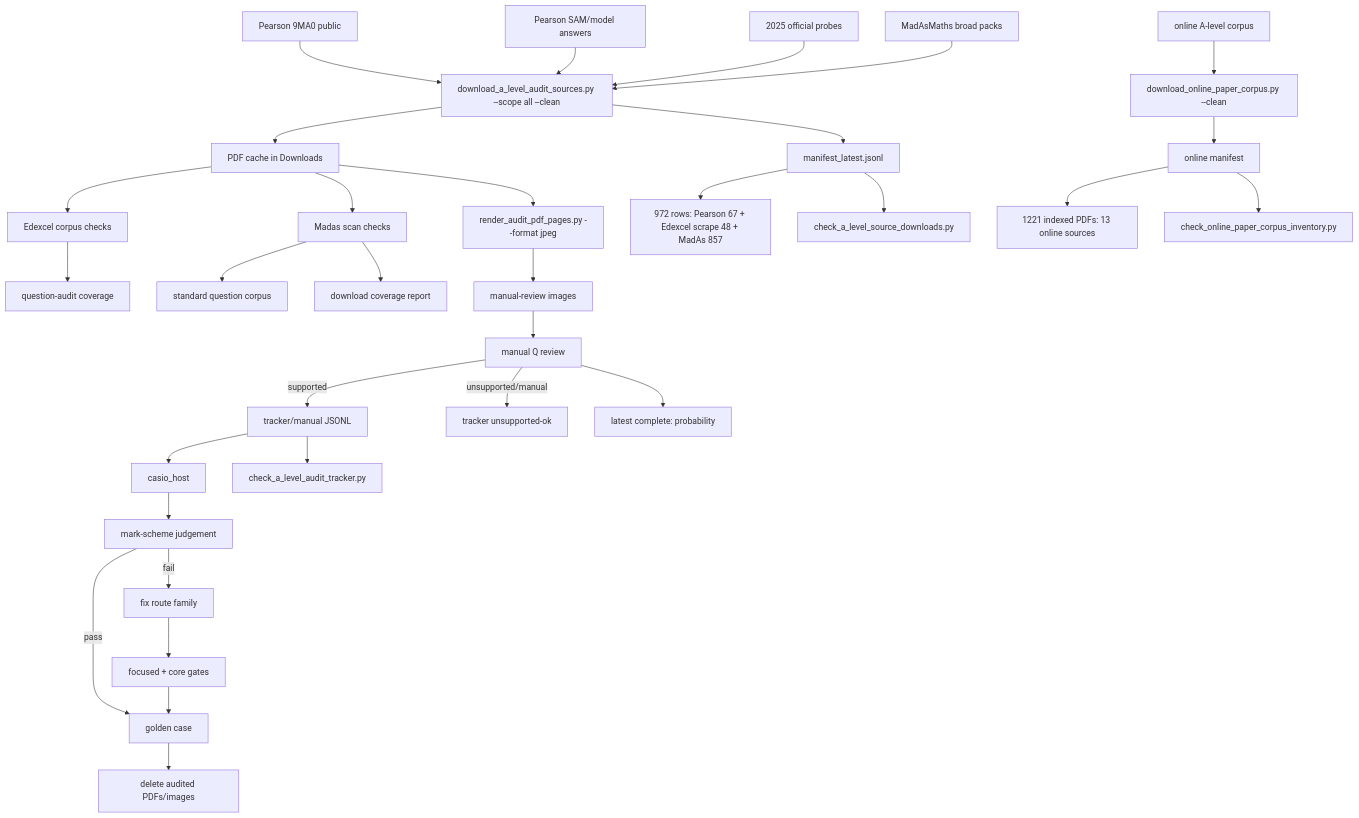
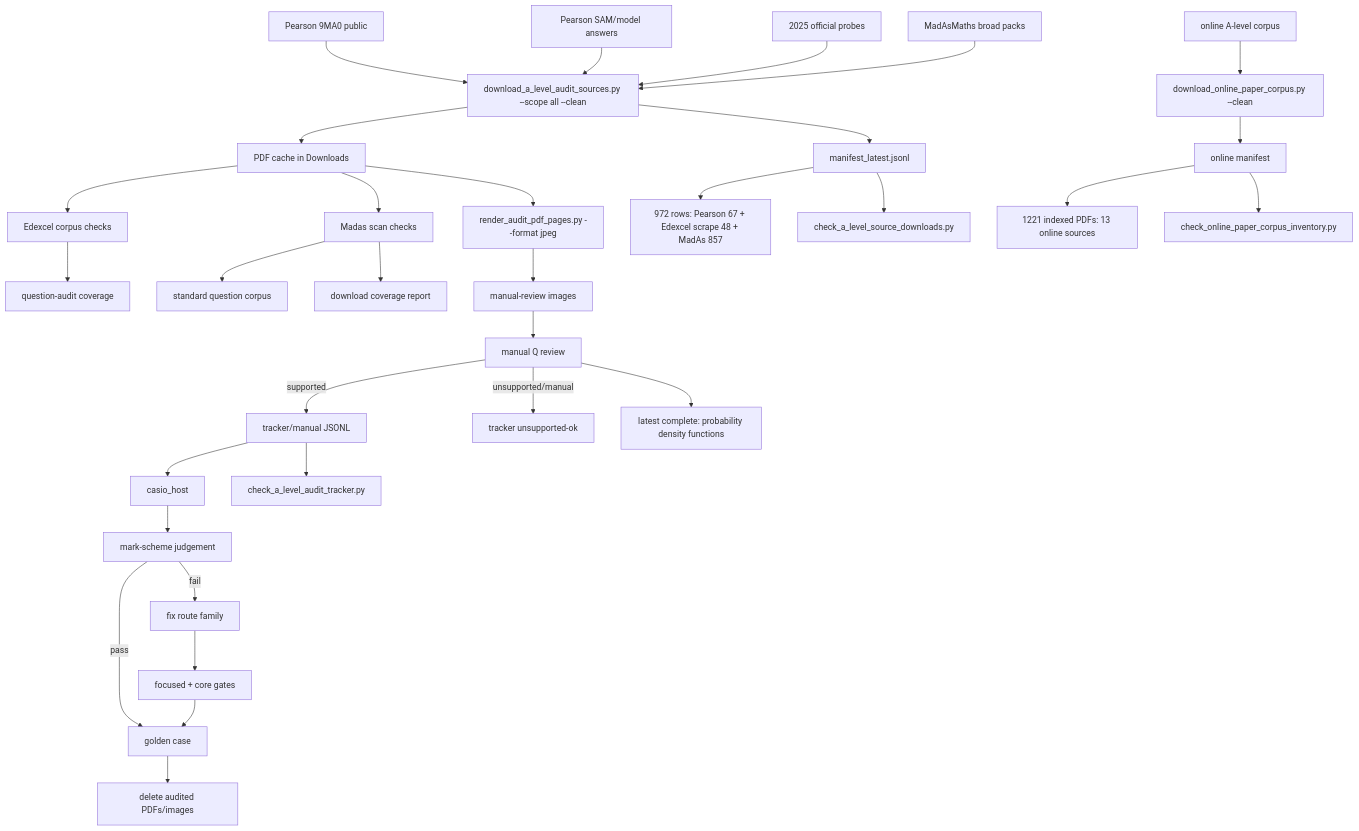
Before and after one commit to james8464/notes-addin-casio-fx-cg50: the diagram in c++/tools/golden/a_level_audit_graph.md, drawn with Mermaid. The commit also changed other lines of this file and 2 other files, not shown here.

Commit message:
Audit probability density functions booklet

````diff
--- a/c++/tools/golden/a_level_audit_graph.md
+++ b/c++/tools/golden/a_level_audit_graph.md
@@ -3,34 +3,34 @@
 ```mermaid
 graph TD
   E1["Pearson 9MA0 public"] --> D["download_a_level_audit_sources.py --scope all --clean"]
   E2["Pearson SAM/model answers"] --> D
   E3["2025 official probes"] --> D
   M1["MadAsMaths broad packs"] --> D
   O1["online A-level corpus"] --> OD["download_online_paper_corpus.py --clean"]
   D --> P["PDF cache in Downloads"]
   D --> X["manifest_latest.jsonl"]
   OD --> OX["online manifest"]
   X --> XC["972 rows: Pearson 67 + Edexcel scrape 48 + MadAs 857"]
   OX --> OC["1221 indexed PDFs: 13 online sources"]
   X --> V["check_a_level_source_downloads.py"]
   OX --> OV["check_online_paper_corpus_inventory.py"]
   P --> E["Edexcel corpus checks"]
   E --> EQ["question-audit coverage"]
   P --> S["Madas scan checks"]
   S --> M["standard question corpus"]
   S --> MC["download coverage report"]
   P --> R["render_audit_pdf_pages.py --format jpeg"]
   R --> I["manual-review images"]
   I --> Q["manual Q review"]
   Q -->|supported| J["tracker/manual JSONL"]
   Q -->|unsupported/manual| U["tracker unsupported-ok"]
   J --> H["casio_host"]
   J --> K["check_a_level_audit_tracker.py"]
   H --> C["mark-scheme judgement"]
   C -->|pass| G["golden case"]
   C -->|fail| F["fix route family"]
   F --> T["focused + core gates"]
   T --> G
   G --> Z["delete audited PDFs/images"]
-  Q --> QProbability["latest complete: probability"]
+  Q --> QPDF["latest complete: probability density functions"]
 ```
````
